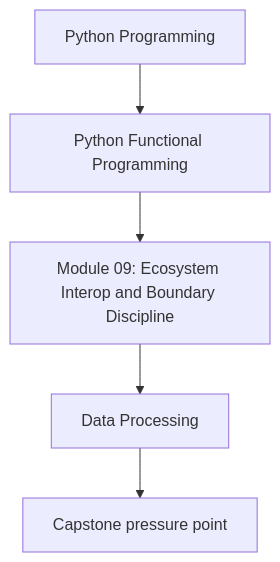
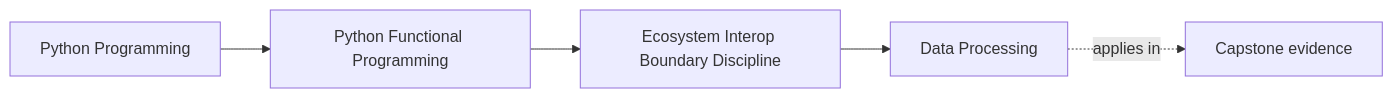
Before and after one commit to bijux/bijux-masterclass: the first of 2 diagrams in programs/python-programming/python-functional-programming/course-book/module-09-ecosystem-interop-boundary-discipline/data-processing.md, drawn with Mermaid. The commit also changed other lines of this file and 108 other files, not shown here.

Commit message:
docs(python-functional-programming): map capstone and advanced design surfaces

````diff
--- a/programs/python-programming/python-functional-programming/course-book/module-09-ecosystem-interop-boundary-discipline/data-processing.md
+++ b/programs/python-programming/python-functional-programming/course-book/module-09-ecosystem-interop-boundary-discipline/data-processing.md
@@ -6,7 +6,11 @@
 ```mermaid
-flowchart TD
-  family["Python Programming"] --> program["Python Functional Programming"]
-  program --> module["Module 09: Ecosystem Interop and Boundary Discipline"]
-  module --> concept["Data Processing"]
-  concept --> capstone["Capstone pressure point"]
+graph LR
+  family["Python Programming"]
+  program["Python Functional Programming"]
+  section["Ecosystem Interop Boundary Discipline"]
+  page["Data Processing"]
+  capstone["Capstone evidence"]
+
+  family --> program --> section --> page
+  page -.applies in.-> capstone
 ```
````
